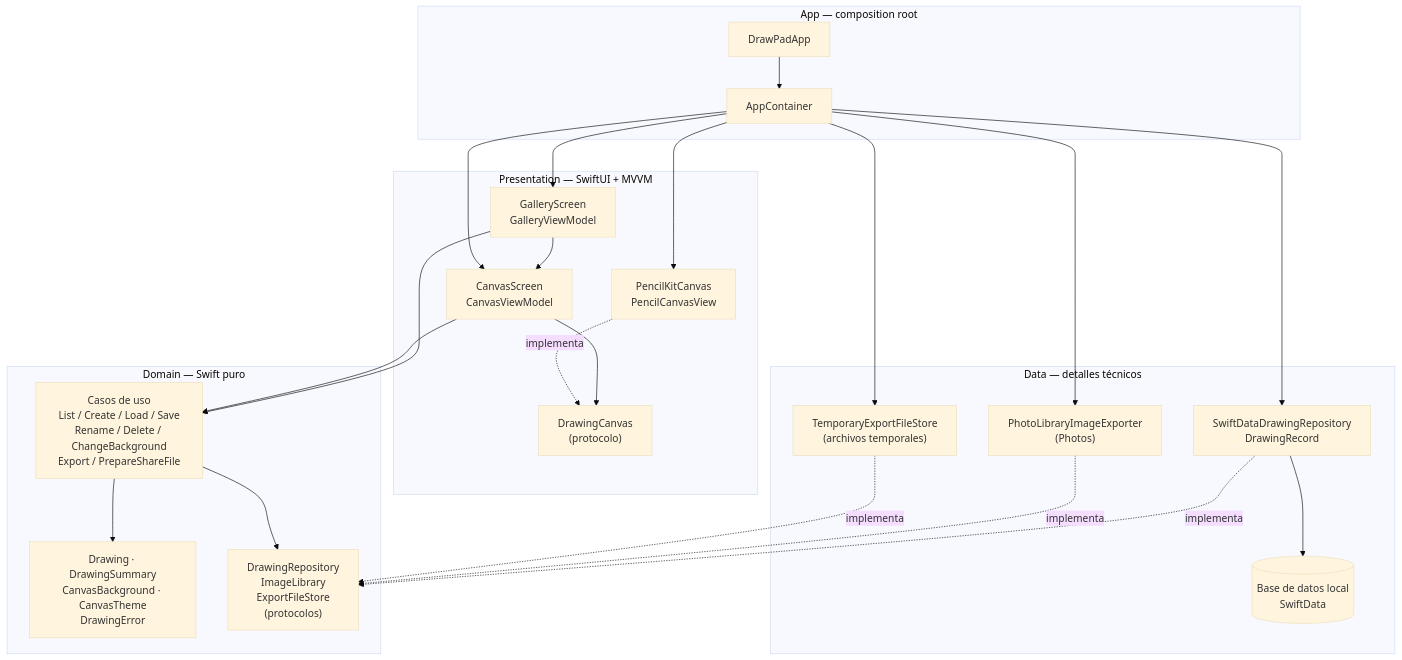
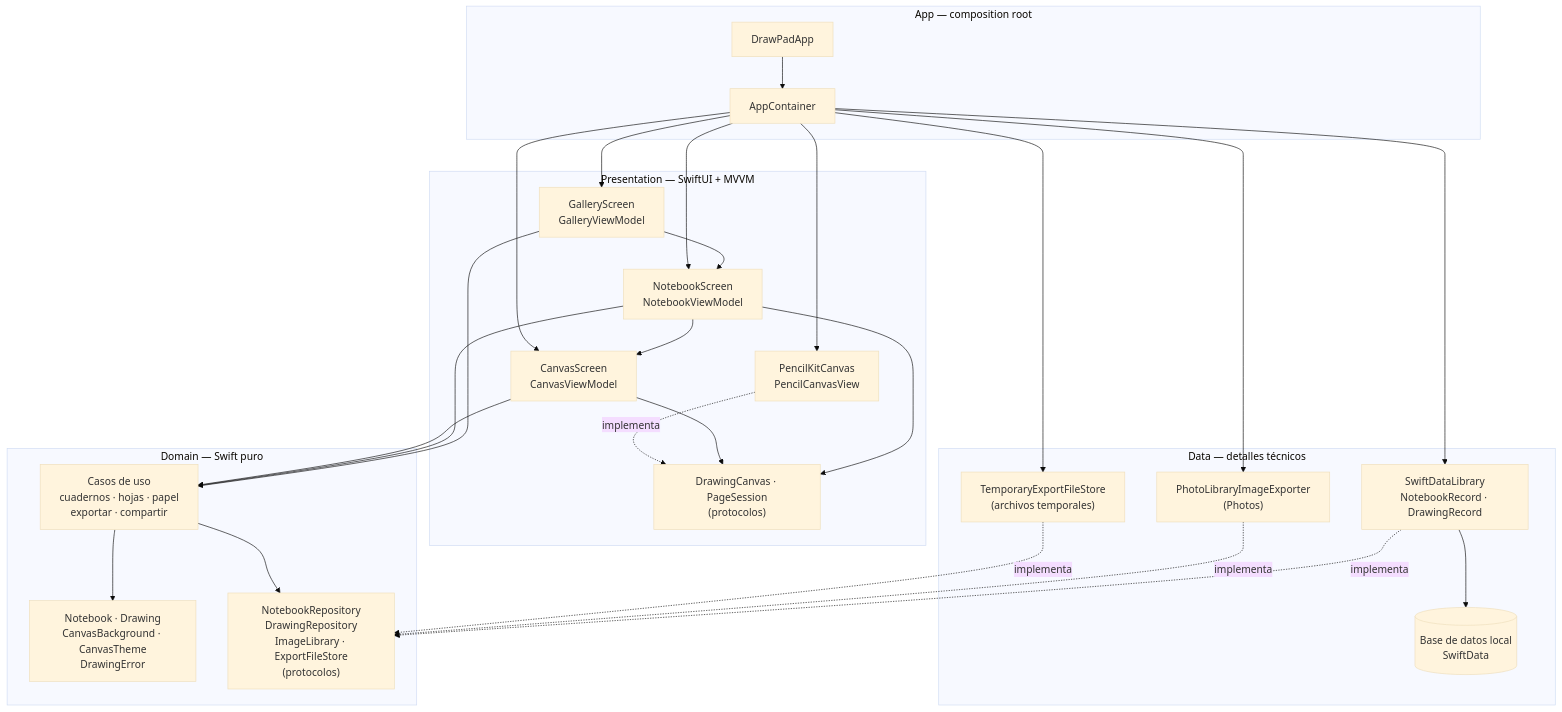
One commit to jhonjairo6230/DrawPad changed the first of 10 diagrams in docs/arquitectura.md. Above: the diagram before and after it, drawn with Mermaid (base theme). The commit also changed other lines of this file and 57 other files, not shown here.

First line of the commit message:
Añadir cuadernos con hojas

````diff
--- a/docs/arquitectura.md
+++ b/docs/arquitectura.md
@@ -13,43 +13,48 @@
 ```mermaid
 flowchart TB
     subgraph APP["App — composition root"]
         A1["DrawPadApp"]
         A2["AppContainer"]
     end
     subgraph PRES["Presentation — SwiftUI + MVVM"]
         G1["GalleryScreen<br/>GalleryViewModel"]
+        N1["NotebookScreen<br/>NotebookViewModel"]
         P1["CanvasScreen<br/>CanvasViewModel"]
-        P3["DrawingCanvas<br/>(protocolo)"]
+        P3["DrawingCanvas · PageSession<br/>(protocolos)"]
         P4["PencilKitCanvas<br/>PencilCanvasView"]
     end
     subgraph DOM["Domain — Swift puro"]
-        D1["Casos de uso<br/>List / Create / Load / Save<br/>Rename / Delete / ChangeBackground<br/>Export / PrepareShareFile"]
-        D2["Drawing · DrawingSummary<br/>CanvasBackground · CanvasTheme<br/>DrawingError"]
-        D3["DrawingRepository<br/>ImageLibrary<br/>ExportFileStore<br/>(protocolos)"]
+        D1["Casos de uso<br/>cuadernos · hojas · papel<br/>exportar · compartir"]
+        D2["Notebook · Drawing<br/>CanvasBackground · CanvasTheme<br/>DrawingError"]
+        D3["NotebookRepository<br/>DrawingRepository<br/>ImageLibrary · ExportFileStore<br/>(protocolos)"]
     end
     subgraph DATA["Data — detalles técnicos"]
-        T1["SwiftDataDrawingRepository<br/>DrawingRecord"]
+        T1["SwiftDataLibrary<br/>NotebookRecord · DrawingRecord"]
         T2["PhotoLibraryImageExporter<br/>(Photos)"]
         T4["TemporaryExportFileStore<br/>(archivos temporales)"]
         T3[("Base de datos local<br/>SwiftData")]
     end
 
-    G1 --> P1
+    G1 --> N1
+    N1 --> P1
     G1 --> D1
+    N1 --> D1
+    N1 --> P3
     P1 --> P3
     P1 --> D1
     P4 -. implementa .-> P3
     D1 --> D2
     D1 --> D3
     T1 -. implementa .-> D3
     T2 -. implementa .-> D3
     T4 -. implementa .-> D3
     T1 --> T3
     A1 --> A2
     A2 --> G1
+    A2 --> N1
     A2 --> P1
     A2 --> P4
     A2 --> T1
     A2 --> T2
     A2 --> T4
 ```
````
